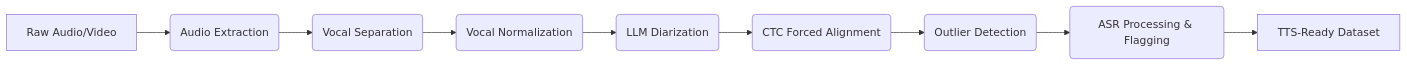
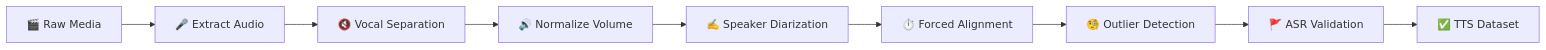
Before and after one commit to SynthAether/TTSizer: the diagram in README.md, drawn with Mermaid. The commit also changed other lines of this file and 1 other file, not shown here.

````diff
--- a/README.md
+++ b/README.md
@@ -26,11 +23,11 @@
 ```mermaid
 graph LR
-    A[Raw Audio/Video] --> B(Audio Extraction);
-    B --> C(Vocal Separation);
-    C --> D(Vocal Normalization);
-    D --> E(LLM Diarization);
-    E --> F(CTC Forced Alignment);
-    F --> G(Outlier Detection);
-    G --> H(ASR Processing & Flagging);
-    H --> I[TTS-Ready Dataset];
+    A[🎬 Raw Media] --> B[🎤 Extract Audio]
+    B --> C[🔇 Vocal Separation]  
+    C --> D[🔊 Normalize Volume]
+    D --> E[✍️ Speaker Diarization]
+    E --> F[⏱️ Forced Alignment]
+    F --> G[🧐 Outlier Detection]
+    G --> H[🚩 ASR Validation]
+    H --> I[✅ TTS Dataset]
 ```
````
